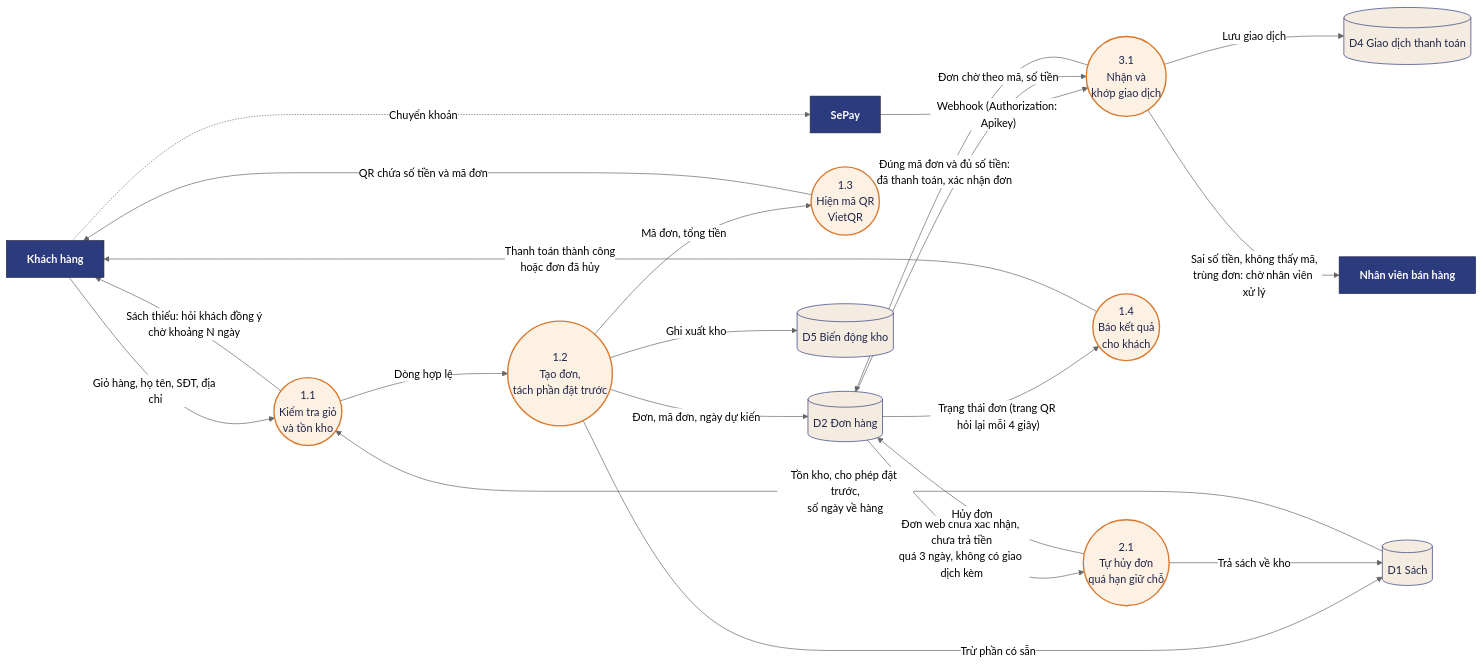
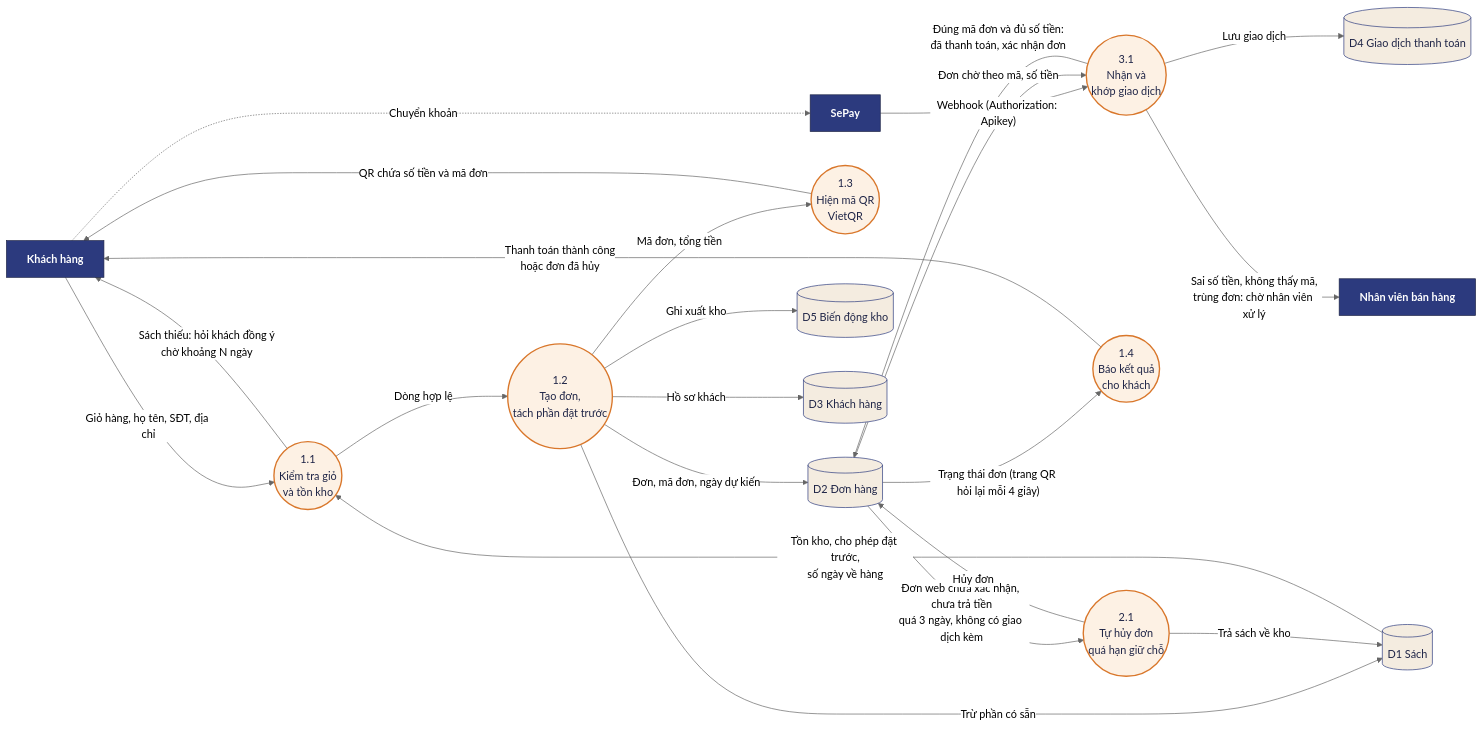
Before and after one commit to tonga-ai-star/HEPSTORE_JAPAN_FULL: the diagram in docs/diagrams/DFD_muc_2_dat_hang_thanh_toan.mmd, drawn with Mermaid (neutral theme). The commit also changed 12 other files, not shown here.

```diff
--- a/docs/diagrams/DFD_muc_2_dat_hang_thanh_toan.mmd
+++ b/docs/diagrams/DFD_muc_2_dat_hang_thanh_toan.mmd
@@ -1,37 +1,39 @@
 flowchart LR
   KH["Khách hàng"]:::ent
   SP["SePay"]:::ent
   NV["Nhân viên bán hàng"]:::ent
   P11(("1.1<br/>Kiểm tra giỏ<br/>và tồn kho")):::proc
   P12(("1.2<br/>Tạo đơn,<br/>tách phần đặt trước")):::proc
   P13(("1.3<br/>Hiện mã QR<br/>VietQR")):::proc
   P31(("3.1<br/>Nhận và<br/>khớp giao dịch")):::proc
   P14(("1.4<br/>Báo kết quả<br/>cho khách")):::proc
   P21(("2.1<br/>Tự hủy đơn<br/>quá hạn giữ chỗ")):::proc
   D1[("D1 Sách")]:::store
   D2[("D2 Đơn hàng")]:::store
   D4[("D4 Giao dịch thanh toán")]:::store
   D5[("D5 Biến động kho")]:::store
+  D3[("D3 Khách hàng")]:::store
+  P12 -- "Hồ sơ khách" --> D3
   KH -- "Giỏ hàng, họ tên, SĐT, địa chỉ" --> P11
   D1 -- "Tồn kho, cho phép đặt trước,<br/>số ngày về hàng" --> P11
   P11 -- "Sách thiếu: hỏi khách đồng ý<br/>chờ khoảng N ngày" --> KH
   P11 -- "Dòng hợp lệ" --> P12
   P12 -- "Trừ phần có sẵn" --> D1
   P12 -- "Ghi xuất kho" --> D5
   P12 -- "Đơn, mã đơn, ngày dự kiến" --> D2
   P12 -- "Mã đơn, tổng tiền" --> P13
   P13 -- "QR chứa số tiền và mã đơn" --> KH
   KH -. "Chuyển khoản" .-> SP
   SP -- "Webhook (Authorization: Apikey)" --> P31
   P31 -- "Lưu giao dịch" --> D4
   D2 -- "Đơn chờ theo mã, số tiền" --> P31
   P31 -- "Đúng mã đơn và đủ số tiền:<br/>đã thanh toán, xác nhận đơn" --> D2
   P31 -- "Sai số tiền, không thấy mã,<br/>trùng đơn: chờ nhân viên xử lý" --> NV
   D2 -- "Trạng thái đơn (trang QR hỏi lại mỗi 4 giây)" --> P14
   P14 -- "Thanh toán thành công<br/>hoặc đơn đã hủy" --> KH
   D2 -- "Đơn web chưa xác nhận, chưa trả tiền<br/>quá 3 ngày, không có giao dịch kèm" --> P21
   P21 -- "Hủy đơn" --> D2
   P21 -- "Trả sách về kho" --> D1
   classDef ent fill:#2c3a7e,stroke:#1f2547,color:#ffffff,font-weight:bold
   classDef proc fill:#fdf1e4,stroke:#d9772b,stroke-width:2px,color:#1f2547
   classDef store fill:#f4ece0,stroke:#2c3a7e,stroke-dasharray:0,color:#1f2547
```
